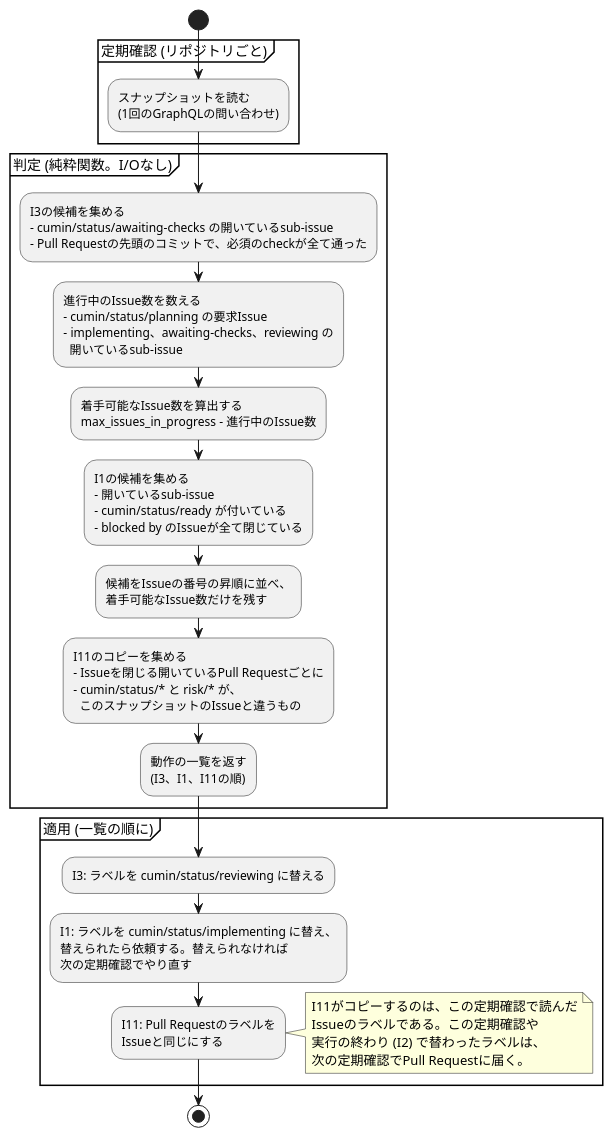
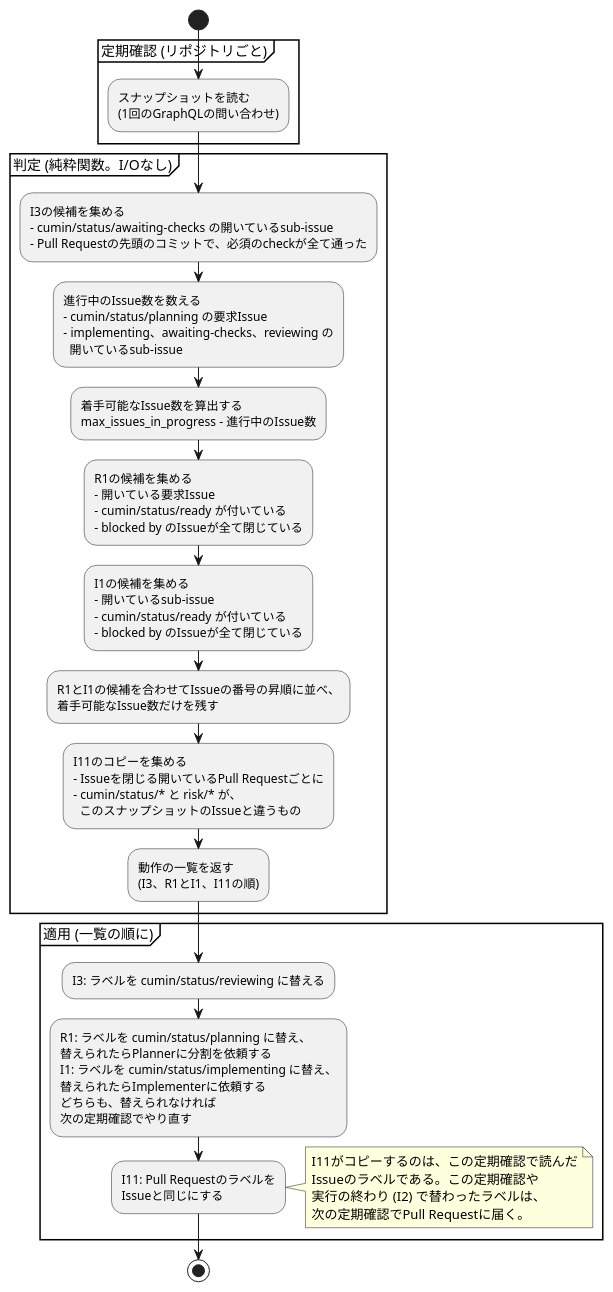
One commit to cloveclovedev/cumin-works changed the diagram in docs/ja/designs/poll-decide.puml. Above: the diagram before and after it, drawn with PlantUML. The commit also changed 13 other files, not shown here.

```diff
--- a/docs/ja/designs/poll-decide.puml
+++ b/docs/ja/designs/poll-decide.puml
@@ -1,51 +1,58 @@
 @startuml poll-decide
 ' cumin works - 定期確認の判定。スナップショットから動作の一覧を決める。
 ' 行の番号 (I1 など) は issue-states.md の表に対応する。
 ' SVGの書き出し: リポジトリの直下で scripts/render-diagrams.sh を実行する。
 skinparam shadowing false
 skinparam defaultFontName sans-serif
 
 start
 partition "定期確認 (リポジトリごと)" {
   :スナップショットを読む
   (1回のGraphQLの問い合わせ);
 }
 partition "判定 (純粋関数。I/Oなし)" {
   :I3の候補を集める
   - cumin/status/awaiting-checks の開いているsub-issue
   - Pull Requestの先頭のコミットで、必須のcheckが全て通った;
   :進行中のIssue数を数える
   - cumin/status/planning の要求Issue
   - implementing、awaiting-checks、reviewing の
     開いているsub-issue;
   :着手可能なIssue数を算出する
   max_issues_in_progress - 進行中のIssue数;
+  :R1の候補を集める
+  - 開いている要求Issue
+  - cumin/status/ready が付いている
+  - blocked by のIssueが全て閉じている;
   :I1の候補を集める
   - 開いているsub-issue
   - cumin/status/ready が付いている
   - blocked by のIssueが全て閉じている;
-  :候補をIssueの番号の昇順に並べ、
+  :R1とI1の候補を合わせてIssueの番号の昇順に並べ、
   着手可能なIssue数だけを残す;
   :I11のコピーを集める
   - Issueを閉じる開いているPull Requestごとに
   - cumin/status/* と risk/* が、
     このスナップショットのIssueと違うもの;
   :動作の一覧を返す
-  (I3、I1、I11の順);
+  (I3、R1とI1、I11の順);
 }
 partition "適用 (一覧の順に)" {
   :I3: ラベルを cumin/status/reviewing に替える;
-  :I1: ラベルを cumin/status/implementing に替え、
-  替えられたら依頼する。替えられなければ
+  :R1: ラベルを cumin/status/planning に替え、
+  替えられたらPlannerに分割を依頼する
+  I1: ラベルを cumin/status/implementing に替え、
+  替えられたらImplementerに依頼する
+  どちらも、替えられなければ
   次の定期確認でやり直す;
   :I11: Pull Requestのラベルを
   Issueと同じにする;
 }
 note right
   I11がコピーするのは、この定期確認で読んだ
   Issueのラベルである。この定期確認や
   実行の終わり (I2) で替わったラベルは、
   次の定期確認でPull Requestに届く。
 end note
 stop
 @enduml
```
